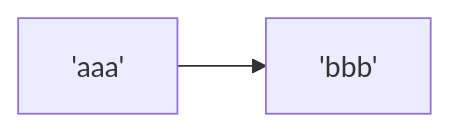
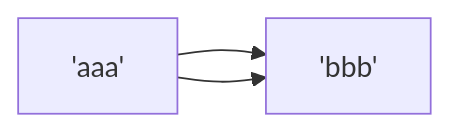
Before and after one commit to sdgixfg/iodraw-files: the diagram in all/未命名-2.md, drawn with Mermaid.

Commit message:
2025-05-24 13:41:47 update

````diff
--- a/all/未命名-2.md
+++ b/all/未命名-2.md
@@ -1,5 +1,5 @@
 ```mermaid
 flowchart LR
     A['aaa']-->B['bbb']
-    A
+    A --> B
 ```
````
